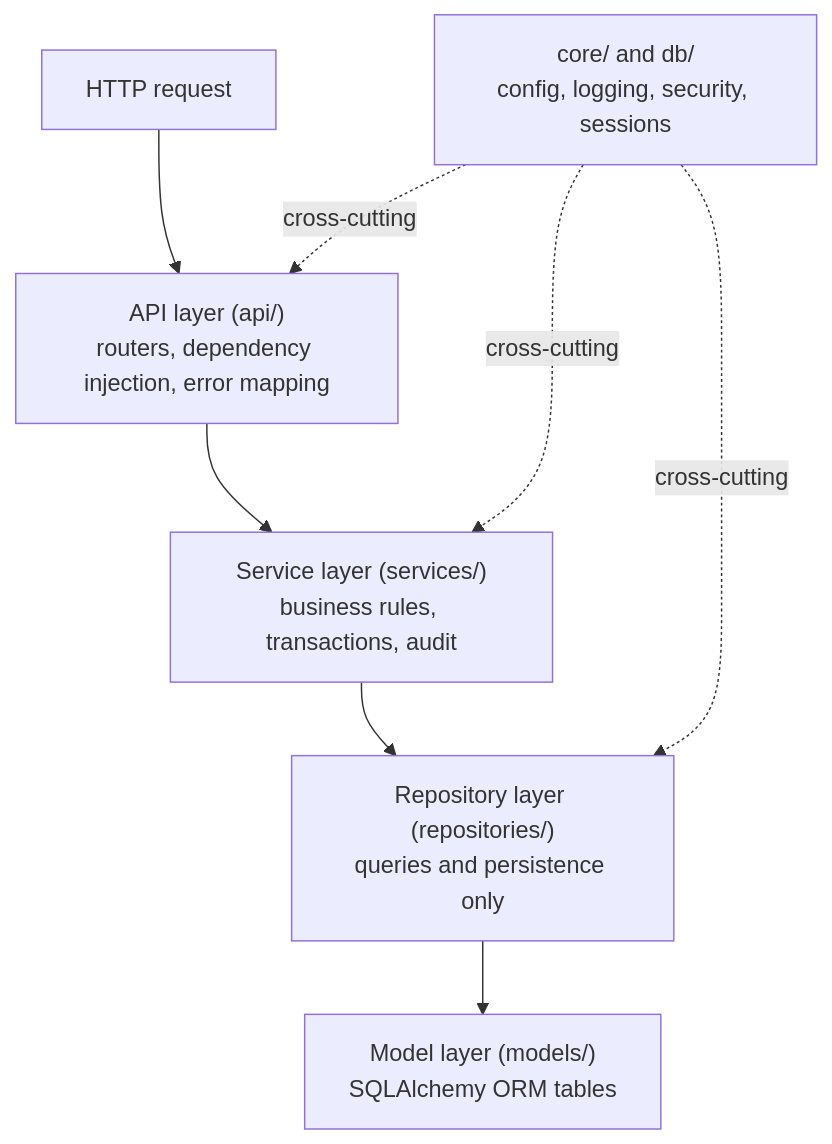
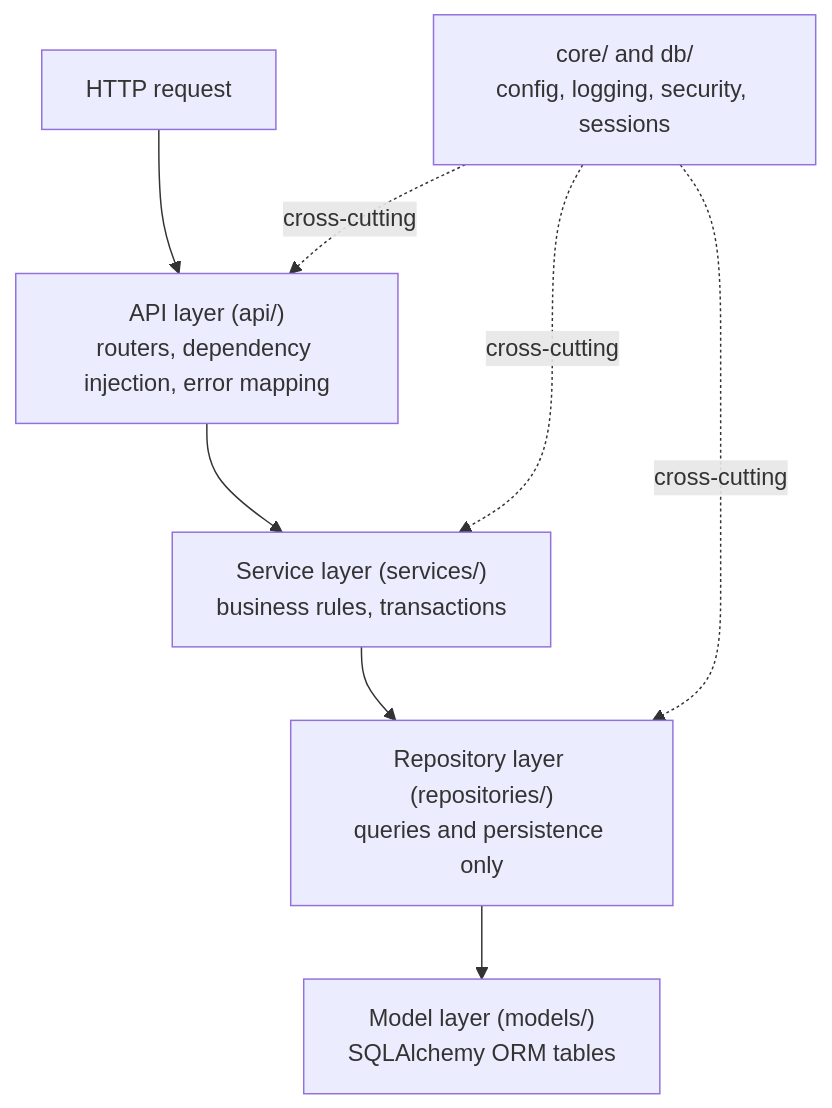
The third of 5 diagrams in docs/ARCHITECTURE.md (DimitarAtanassov/floating_prompts), drawn with Mermaid before and after one commit. The commit also changed other lines of this file and 51 other files, not shown here.

````diff
--- a/docs/ARCHITECTURE.md
+++ b/docs/ARCHITECTURE.md
@@ -128,11 +125,11 @@
 ```mermaid
 flowchart TD
     req["HTTP request"] --> api["API layer (api/)<br/>routers, dependency injection, error mapping"]
-    api --> svc["Service layer (services/)<br/>business rules, transactions, audit"]
+    api --> svc["Service layer (services/)<br/>business rules, transactions"]
     svc --> repo["Repository layer (repositories/)<br/>queries and persistence only"]
     repo --> model["Model layer (models/)<br/>SQLAlchemy ORM tables"]
     cross["core/ and db/<br/>config, logging, security, sessions"]
     cross -. "cross-cutting" .-> api
     cross -. "cross-cutting" .-> svc
     cross -. "cross-cutting" .-> repo
 ```
````
